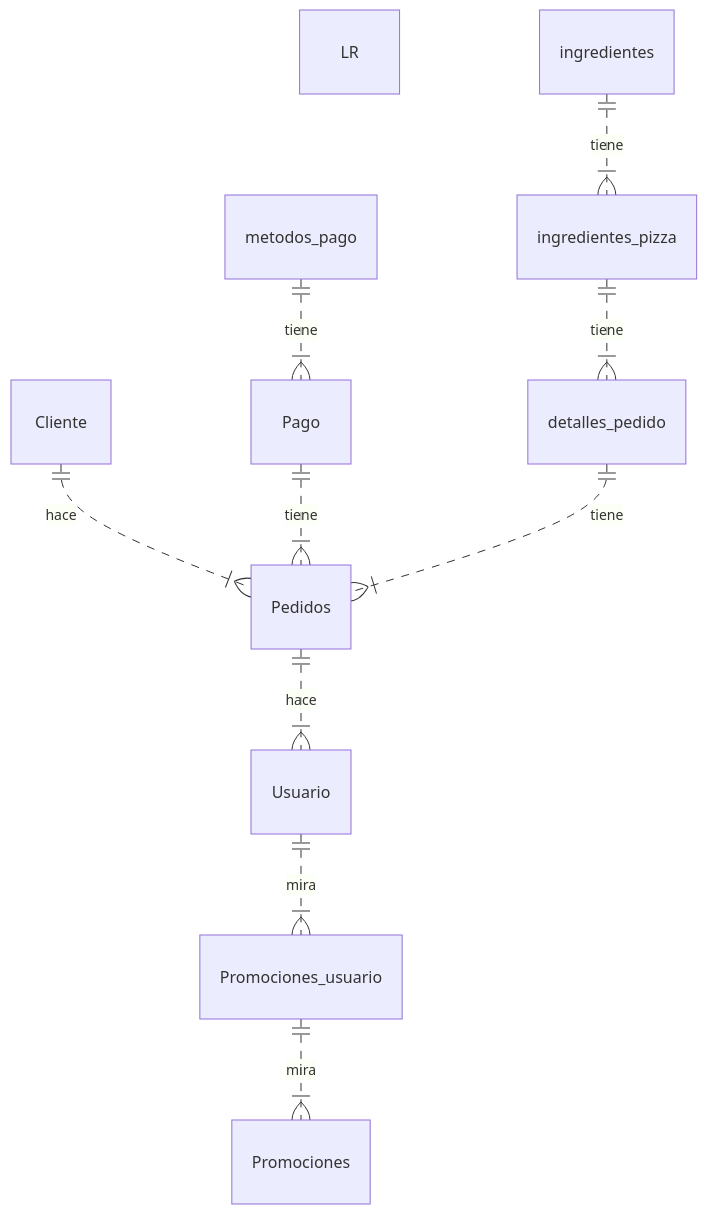
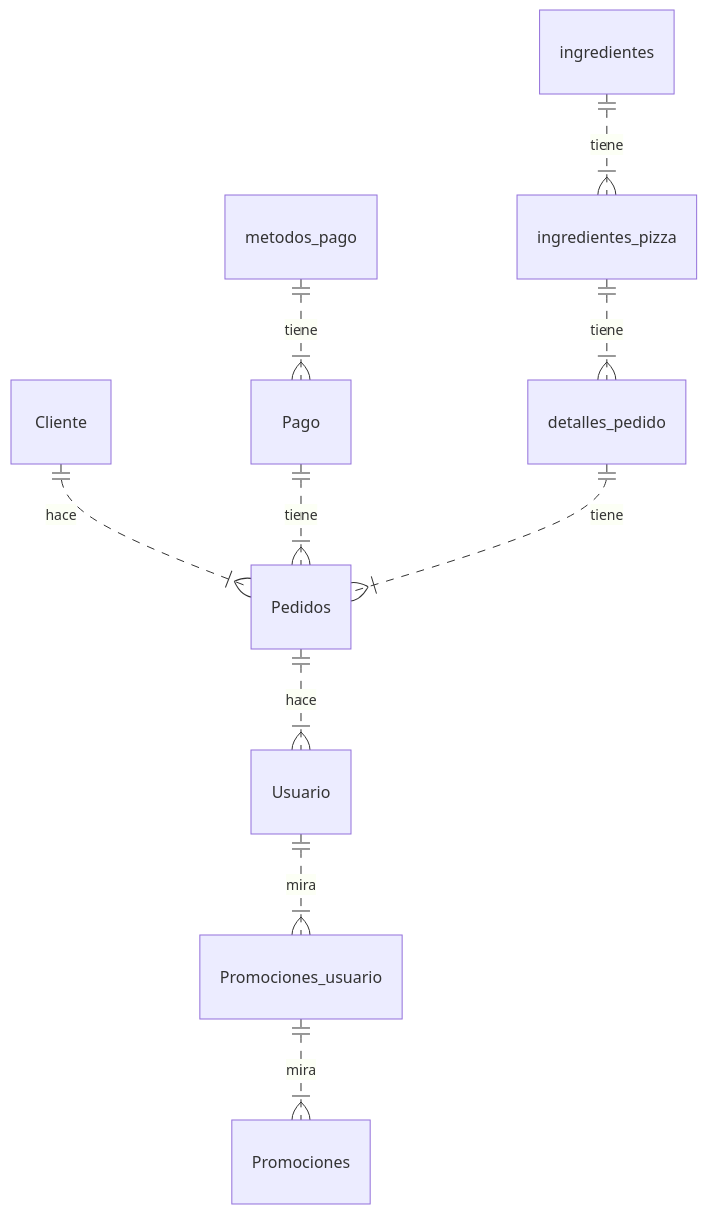
One commit to JulianCamachoCalle/DonnaPizza2 changed the third of 6 diagrams in README.md. Above: the diagram before and after it, drawn with Mermaid.

````diff
--- a/README.md
+++ b/README.md
@@ -490,36 +490,36 @@
 ``` mermaid
-erDiagram LR
+erDiagram 
     Cliente {
     }
 
     Pedidos {
     }
 
     Cliente ||..|{ Pedidos: hace
 
     Usuario{
     }
 
     Pedidos||..|{Usuario: hace
 
     Promociones_usuario
     Usuario||..|{Promociones_usuario: mira
 
     Promociones
     Promociones_usuario||..|{Promociones: mira
 
     Pago
     Pago||..|{Pedidos: tiene
 
     metodos_pago
     metodos_pago||..|{Pago: tiene
 
     detalles_pedido
     detalles_pedido||..|{Pedidos: tiene
 
     ingredientes_pizza
     ingredientes_pizza||..|{detalles_pedido: tiene
 
     ingredientes
     ingredientes||..|{ingredientes_pizza: tiene
 ``` 
````
